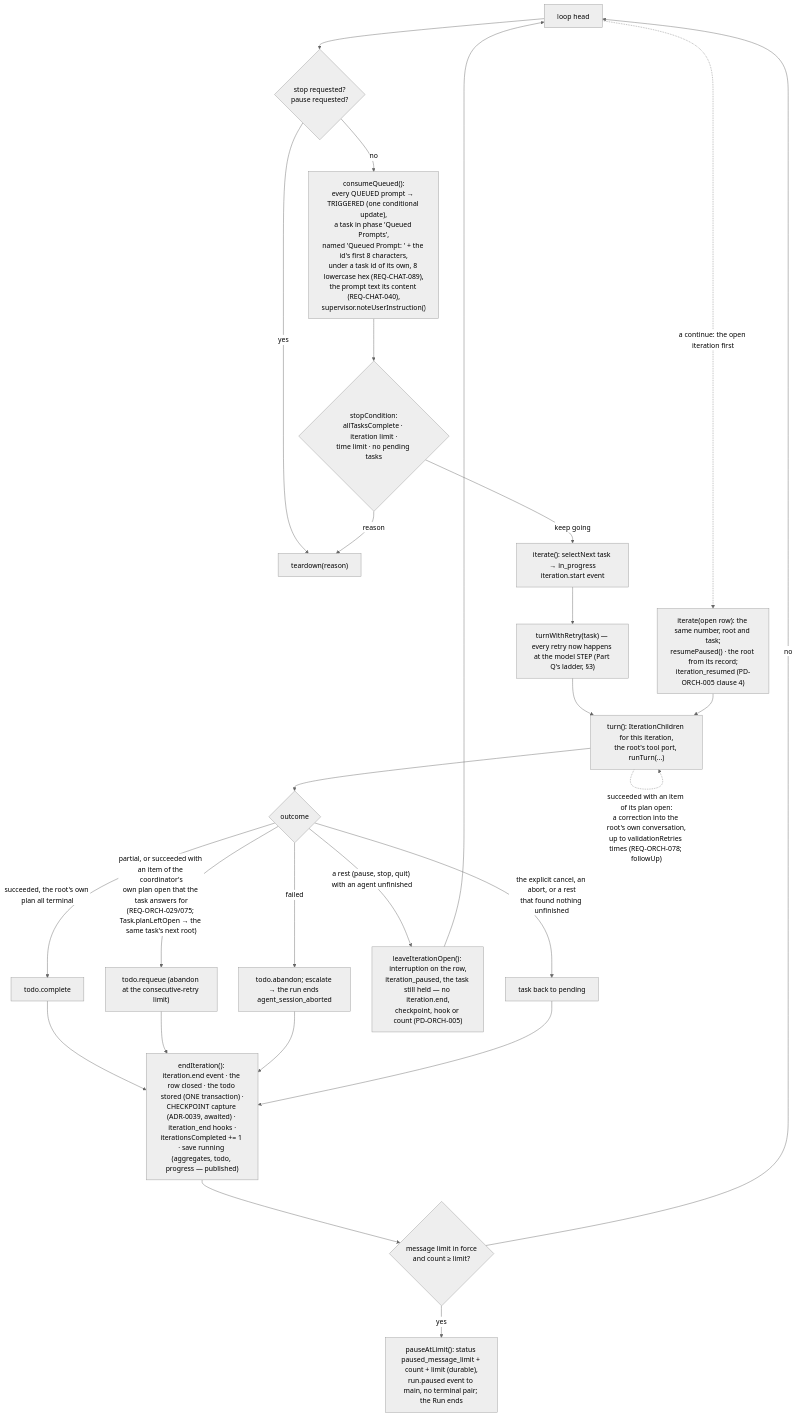
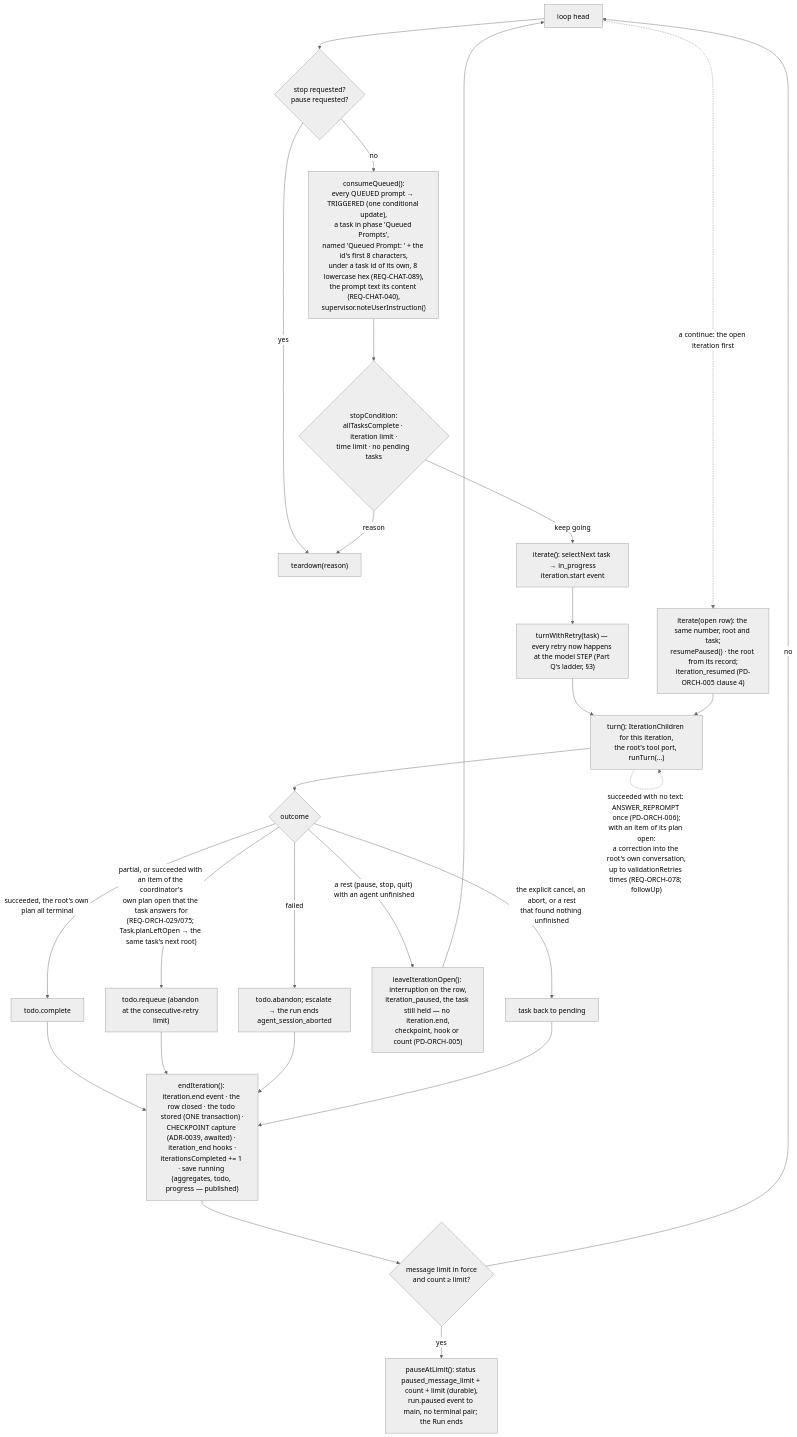
The second of 2 diagrams in docs/architecture/views/03-runtime-view.md (Concrete-Dynamics/Rotaris), drawn with Mermaid (neutral theme) before and after one commit. The commit also changed other lines of this file and 20 other files, not shown here.

First line of the commit message:
feat(engine): a continuation's parent is told it starts with no memory; the 30 s landing is written down; a silent entry role is asked once more (PD-ORCH-004, PD-ORCH-006, REQ-ORCH-088, REQ-CONFIG-113, REQ-ORCH-069)

````diff
--- a/docs/architecture/views/03-runtime-view.md
+++ b/docs/architecture/views/03-runtime-view.md
@@ -218,25 +218,25 @@
 ```mermaid
 flowchart TB
   L0["loop head"] --> S1{"stop requested?<br/>pause requested?"}
   S1 -- yes --> T["teardown(reason)"]
   S1 -- no --> Q["consumeQueued():<br/>every QUEUED prompt → TRIGGERED (one conditional update),<br/>a task in phase 'Queued Prompts',<br/>named 'Queued Prompt: ' + the id's first 8 characters,<br/>under a task id of its own, 8 lowercase hex (REQ-CHAT-089),<br/>the prompt text its content (REQ-CHAT-040),<br/>supervisor.noteUserInstruction()"]
   Q --> S2{"stopCondition:<br/>allTasksComplete · iteration limit ·<br/>time limit · no pending tasks"}
   S2 -- reason --> T
   S2 -- keep going --> I["iterate(): selectNext task → in_progress<br/>iteration.start event"]
   I --> TR["turnWithRetry(task) — every retry now happens at the model STEP (Part Q's ladder, §3)"]
   TR --> TURN["turn(): IterationChildren for this iteration,<br/>the root's tool port, runTurn(...)"]
   TURN --> OUT{"outcome"}
-  TURN -. "succeeded with an item of its plan open:<br/>a correction into the root's own conversation,<br/>up to validationRetries times (REQ-ORCH-078; followUp)" .-> TURN
+  TURN -. "succeeded with no text: ANSWER_REPROMPT once (PD-ORCH-006);<br/>with an item of its plan open:<br/>a correction into the root's own conversation,<br/>up to validationRetries times (REQ-ORCH-078; followUp)" .-> TURN
   OUT -- "succeeded, the root's own plan all terminal" --> C["todo.complete"]
   OUT -- "partial, or succeeded with an item of the coordinator's<br/>own plan open that the task answers for<br/>(REQ-ORCH-029/075; Task.planLeftOpen → the same task's next root)" --> RQ["todo.requeue (abandon at the consecutive-retry limit)"]
   OUT -- failed --> AB["todo.abandon; escalate → the run ends agent_session_aborted"]
   OUT -- "a rest (pause, stop, quit) with an agent unfinished" --> OPEN["leaveIterationOpen(): interruption on the row,<br/>iteration_paused, the task still held — no iteration.end,<br/>checkpoint, hook or count (PD-ORCH-005)"]
   OPEN --> L0
   L0 -. "a continue: the open iteration first" .-> RES["iterate(open row): the same number, root and task;<br/>resumePaused() · the root from its record;<br/>iteration_resumed (PD-ORCH-005 clause 4)"]
   RES --> TURN
   OUT -- "the explicit cancel, an abort, or a rest<br/>that found nothing unfinished" --> PEND["task back to pending"]
   C & RQ & AB & PEND --> E["endIteration(): iteration.end event · the row closed · the todo stored (ONE transaction) ·<br/>CHECKPOINT capture (ADR-0039, awaited) · iteration_end hooks ·<br/>iterationsCompleted += 1 · save running (aggregates, todo, progress — published)"]
   E --> ML{"message limit in force<br/>and count ≥ limit?"}
   ML -- yes --> PL["pauseAtLimit(): status paused_message_limit + count + limit (durable),<br/>run.paused event to main, no terminal pair; the Run ends"]
   ML -- no --> L0
 ```
````
